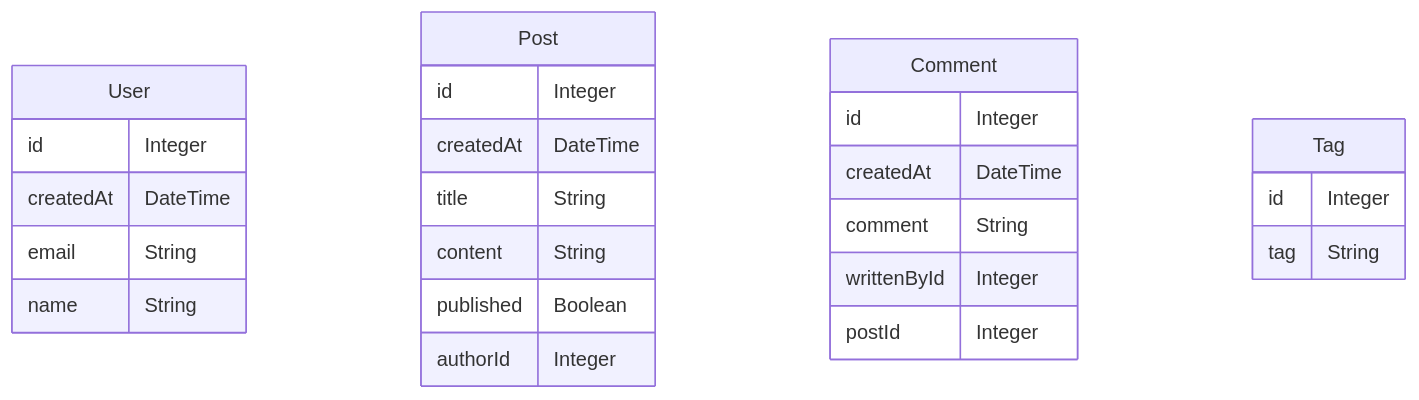
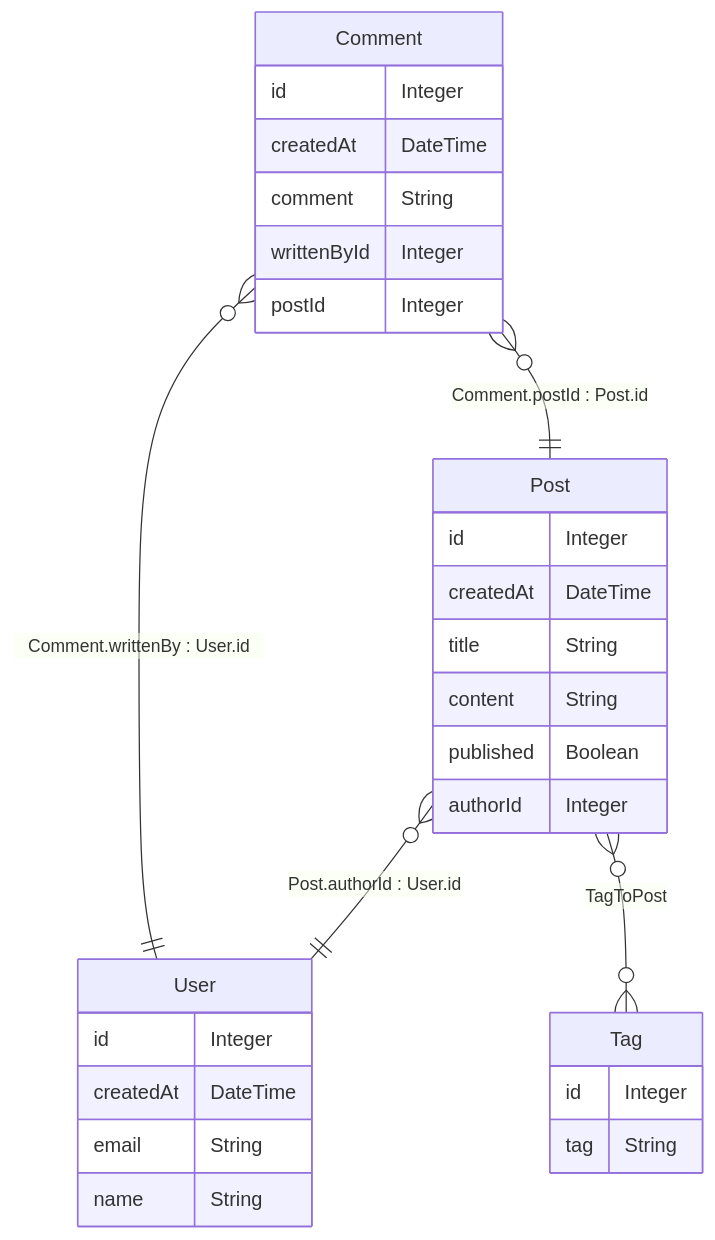
The diagram in tests/fixtures/prisma-examples/databases/sql-server/prisma/schema.md (HOZHENWAI/py-prisma2markdown), drawn with Mermaid before and after one commit. The commit also changed 2 other files, not shown here.

Commit message:
finished creating prisma groundtruth for tests fixtures

````diff
--- a/tests/fixtures/prisma-examples/databases/sql-server/prisma/schema.md
+++ b/tests/fixtures/prisma-examples/databases/sql-server/prisma/schema.md
@@ -2,33 +2,37 @@
 ```mermaid
 erDiagram
 
 User {
     id Integer
     createdAt DateTime
     email String
     name String
 }
 
 Post {
     id Integer
     createdAt DateTime
     title String
     content String
     published Boolean
     authorId Integer
 }
 
 Comment {
     id Integer
     createdAt DateTime
     comment String
     writtenById Integer
     postId Integer
 }
 
 Tag {
     id Integer
     tag String
 }
 
+Post }o--|| User : "Post.authorId : User.id"
+Comment }o--|| User : "Comment.writtenBy : User.id"
+Comment }o--|| Post : "Comment.postId : Post.id"
+Post }o--o{ Tag : "TagToPost"
 ```
````
